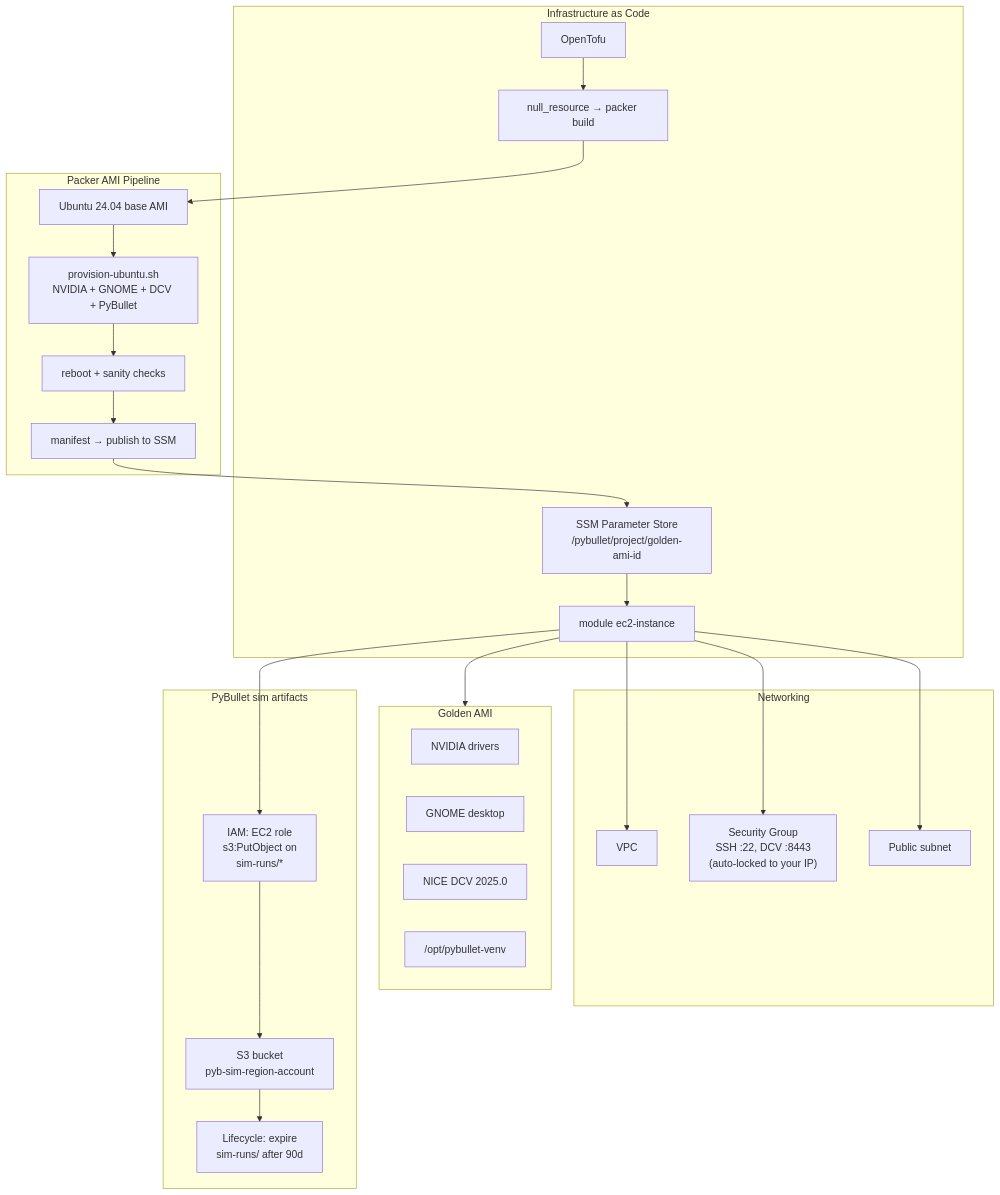
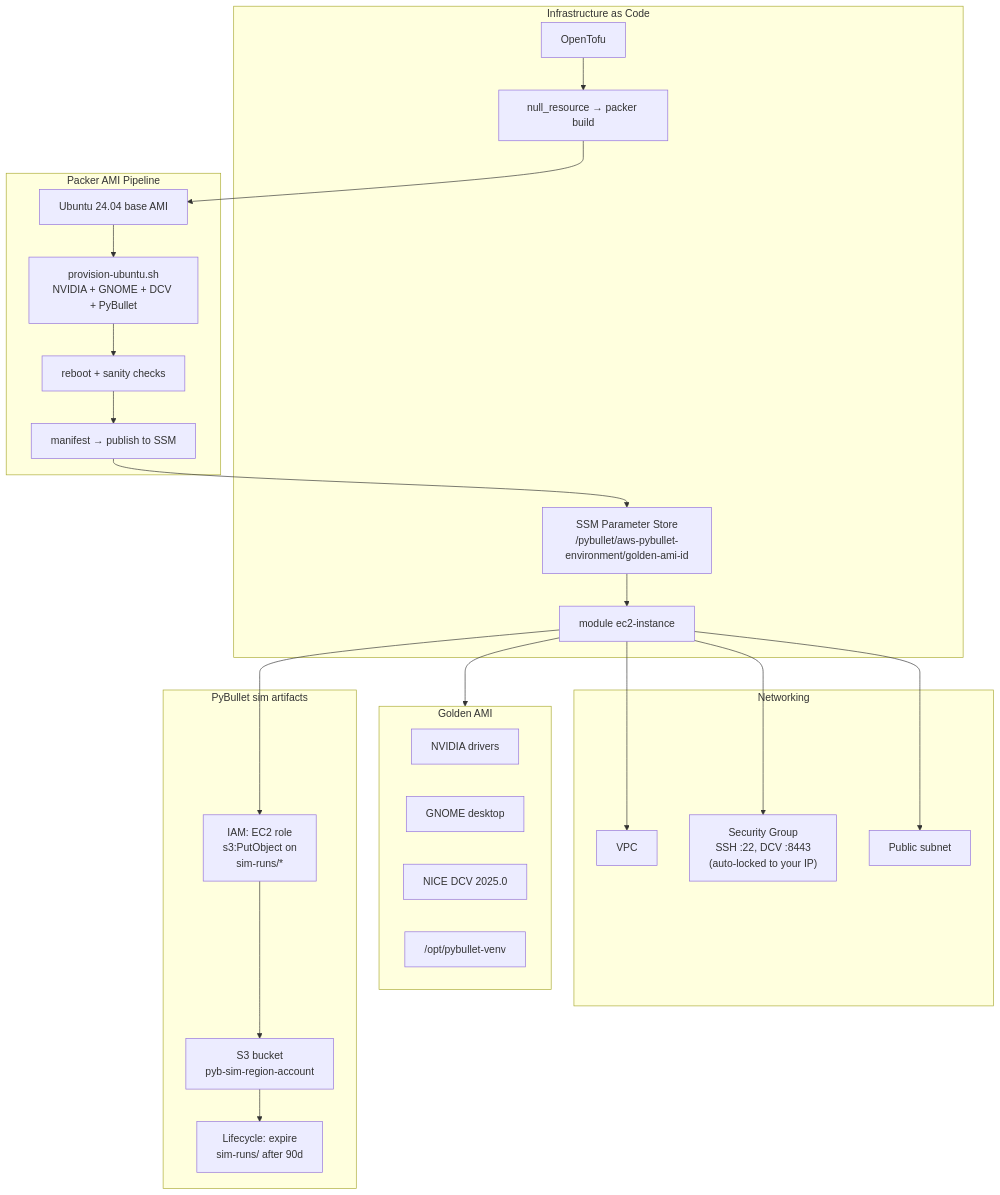
One commit to rubencg195/aws-pybullet-environment changed the fifth of 6 diagrams in README.md. Above: the diagram before and after it, drawn with Mermaid. The commit also changed other lines of this file and 9 other files, not shown here.

````diff
--- a/README.md
+++ b/README.md
@@ -137,50 +133,50 @@
 ```mermaid
 flowchart TB
   subgraph iac["Infrastructure as Code"]
     OT["OpenTofu"]
     NR["null_resource → packer build"]
-    SSM["SSM Parameter Store\n/pybullet/project/golden-ami-id"]
+    SSM["SSM Parameter Store\n/pybullet/aws-pybullet-environment/golden-ami-id"]
     MOD["module ec2-instance"]
   end
 
   subgraph packer["Packer AMI Pipeline"]
     SRC["Ubuntu 24.04 base AMI"]
     PROV["provision-ubuntu.sh\nNVIDIA + GNOME + DCV + PyBullet"]
     REBOOT["reboot + sanity checks"]
     POST["manifest → publish to SSM"]
   end
 
   subgraph net["Networking"]
     VPC["VPC"]
     SG["Security Group\nSSH :22, DCV :8443\n(auto-locked to your IP)"]
     SN["Public subnet"]
   end
 
   subgraph ami["Golden AMI"]
     NV["NVIDIA drivers"]
     GN["GNOME desktop"]
     DCVS["NICE DCV 2025.0"]
     VENV["/opt/pybullet-venv"]
   end
 
   subgraph obs["PyBullet sim artifacts"]
     S3B["S3 bucket\npyb-sim-region-account"]
     LC["Lifecycle: expire\nsim-runs/ after 90d"]
     IAMS3["IAM: EC2 role\ns3:PutObject on\nsim-runs/*"]
   end
 
   OT --> NR
   NR --> SRC
   SRC --> PROV
   PROV --> REBOOT
   REBOOT --> POST
   POST --> SSM
   SSM --> MOD
   MOD --> VPC
   MOD --> SG
   MOD --> SN
   MOD --> ami
   MOD --> IAMS3
   IAMS3 --> S3B
   S3B --> LC
 ```
````
